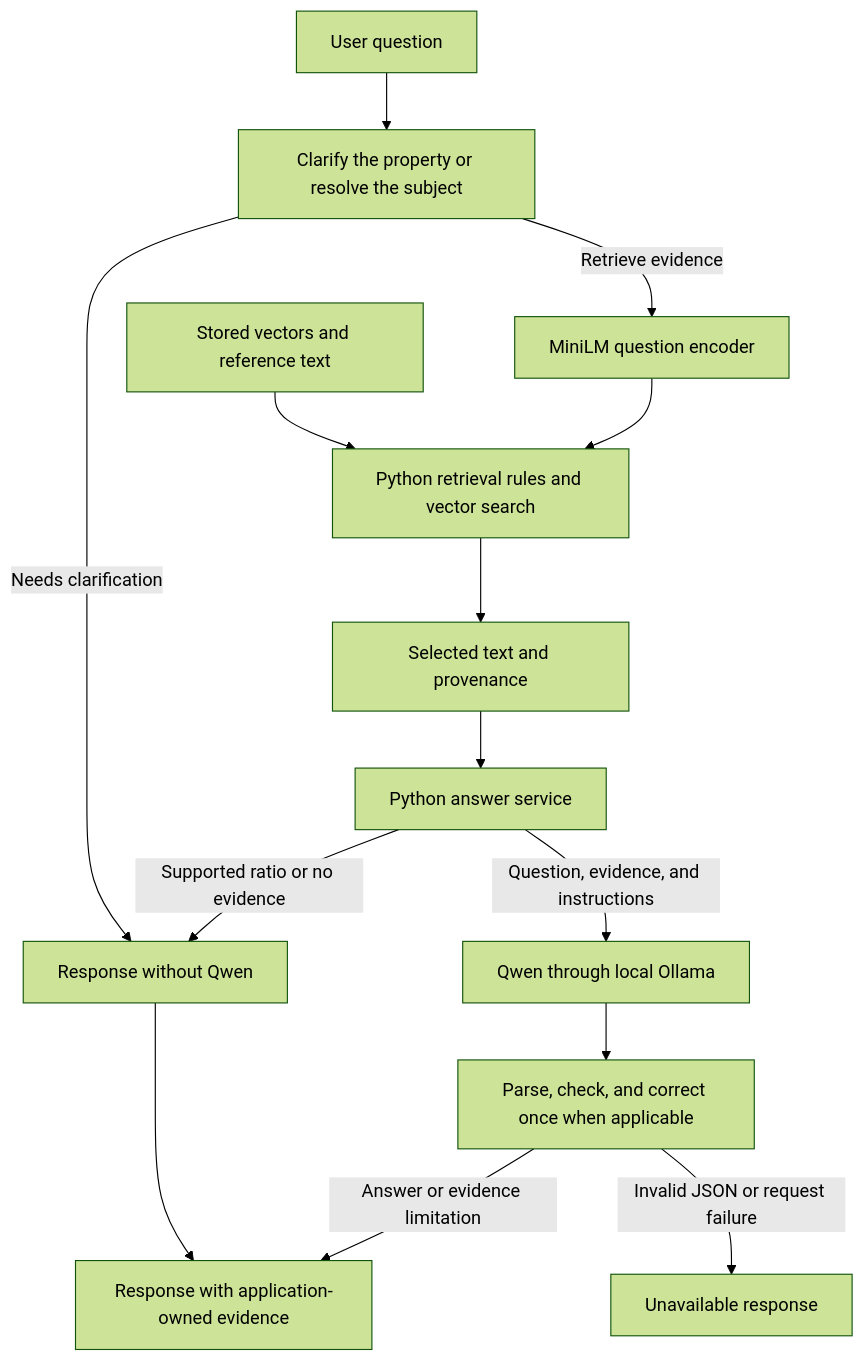
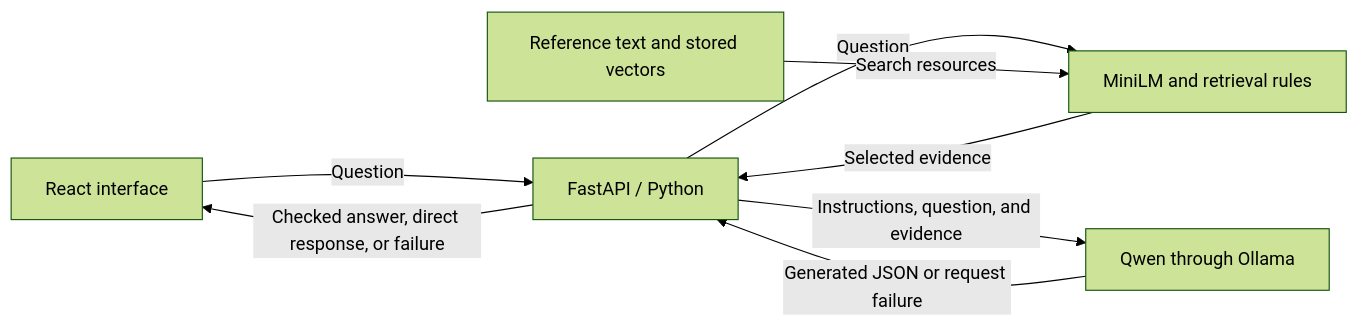
The first of 6 diagrams in docs/ai-pipeline.md (Kongstad/planetary-scanner), drawn with Mermaid (forest theme) before and after one commit. The commit also changed other lines of this file, not shown here.

````diff
--- a/docs/ai-pipeline.md
+++ b/docs/ai-pipeline.md
@@ -29,16 +22,10 @@
 ```mermaid
-flowchart TD
-    Question[User question] --> Routing[Clarify the property or resolve the subject]
-    Routing -->|Needs clarification| Direct[Response without Qwen]
-    Routing -->|Retrieve evidence| Encoder[MiniLM question encoder]
-    Encoder --> Search[Python retrieval rules and vector search]
-    Records[Stored vectors and reference text] --> Search
-    Search --> Evidence[Selected text and provenance]
-    Evidence --> Service[Python answer service]
-    Service -->|Supported ratio or no evidence| Direct
-    Service -->|Question, evidence, and instructions| LLM[Qwen through local Ollama]
-    LLM --> Validation[Parse, check, and correct once when applicable]
-    Validation -->|Answer or evidence limitation| Result[Response with application-owned evidence]
-    Direct --> Result
-    Validation -->|Invalid JSON or request failure| Failure[Unavailable response]
+flowchart LR
+    Browser[React interface] -->|Question| API[FastAPI / Python]
+    API -->|Question| Retrieval[MiniLM and retrieval rules]
+    Records[Reference text and stored vectors] -->|Search resources| Retrieval
+    Retrieval -->|Selected evidence| API
+    API -->|Instructions, question, and evidence| Qwen[Qwen through Ollama]
+    Qwen -->|Generated JSON or request failure| API
+    API -->|Checked answer, direct response, or failure| Browser
 ```
````
